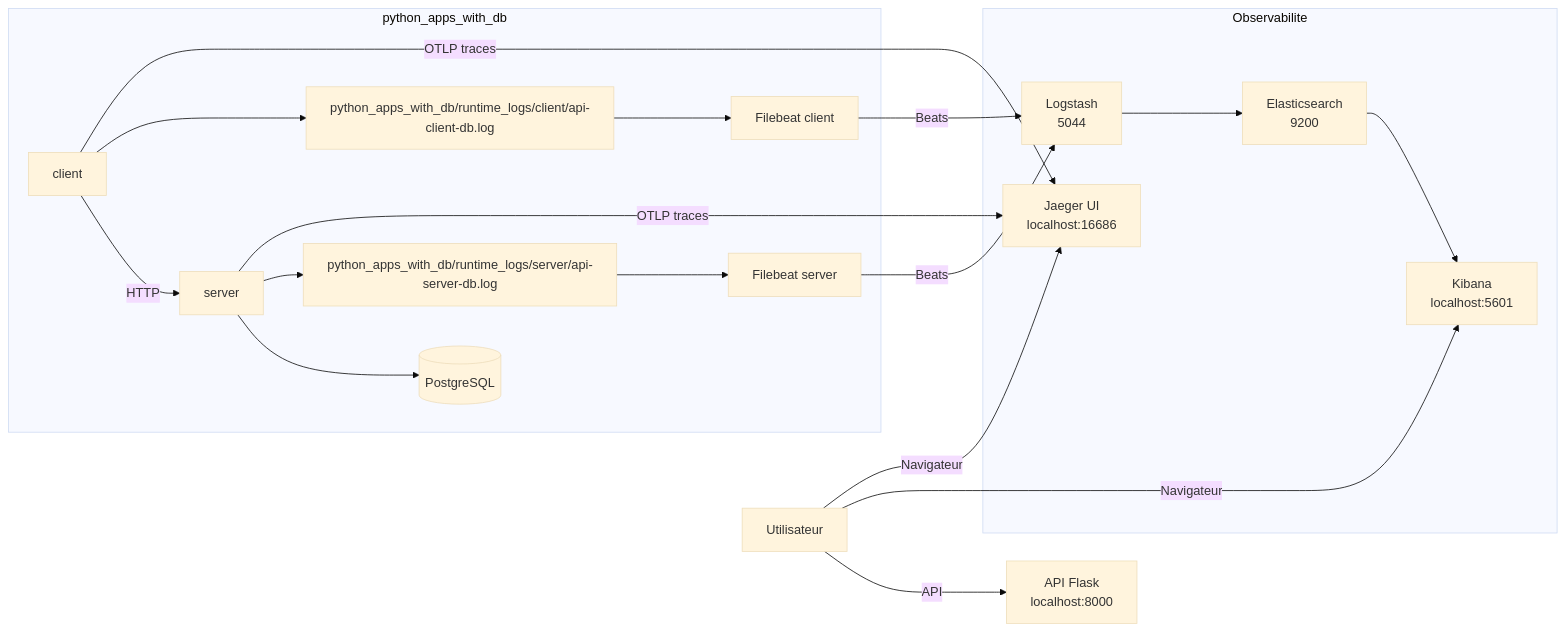
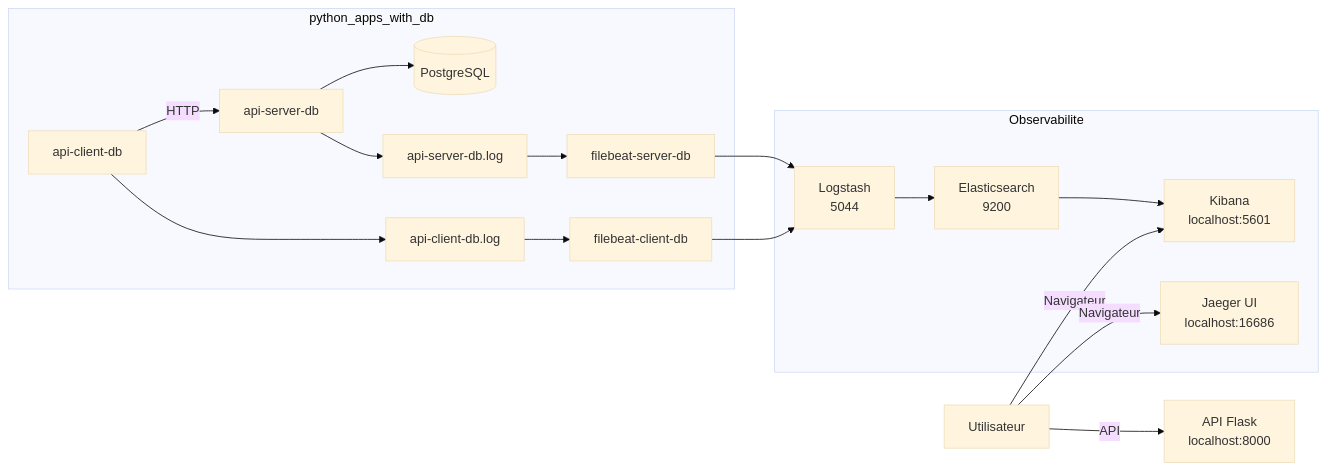
The diagram in README.md (RobinThiriet/ELK), drawn with Mermaid (base theme) before and after one commit. The commit also changed other lines of this file, not shown here.

````diff
--- a/README.md
+++ b/README.md
@@ -26,37 +32,35 @@
 ```mermaid
 flowchart LR
     U[Utilisateur] -->|API| API[API Flask<br/>localhost:8000]
     U -->|Navigateur| K[Kibana<br/>localhost:5601]
     U -->|Navigateur| J[Jaeger UI<br/>localhost:16686]
 
     subgraph APPS[python_apps_with_db]
-        S[server]
-        C[client]
+        S[api-server-db]
+        C[api-client-db]
         DB[(PostgreSQL)]
-        SL[python_apps_with_db/runtime_logs/server/api-server-db.log]
-        CL[python_apps_with_db/runtime_logs/client/api-client-db.log]
-        FBS[Filebeat server]
-        FBC[Filebeat client]
+        SL[api-server-db.log]
+        CL[api-client-db.log]
+        FBS[filebeat-server-db]
+        FBC[filebeat-client-db]
 
         C -->|HTTP| S
         S --> DB
         S --> SL
         C --> CL
         SL --> FBS
         CL --> FBC
     end
 
     subgraph OBS[Observabilite]
         L[Logstash<br/>5044]
         E[Elasticsearch<br/>9200]
         K
         J
     end
 
-    FBS -->|Beats| L
-    FBC -->|Beats| L
+    FBS --> L
+    FBC --> L
     L --> E
     E --> K
-    S -->|OTLP traces| J
-    C -->|OTLP traces| J
 ```
````
